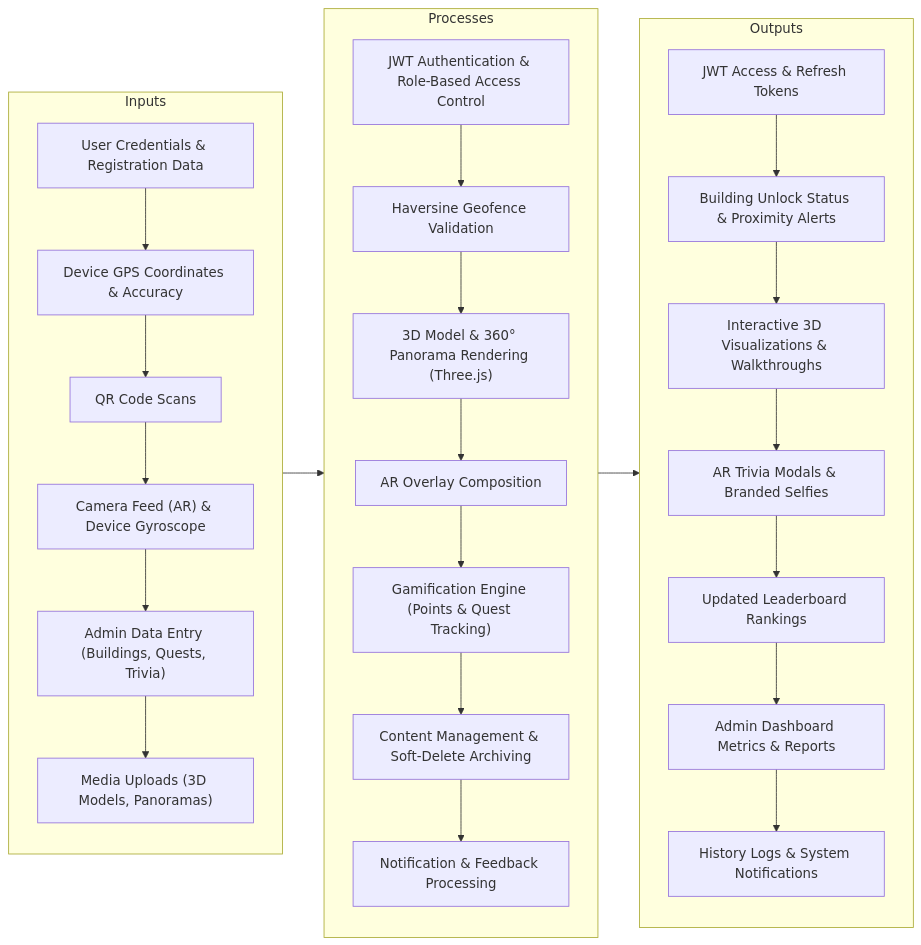
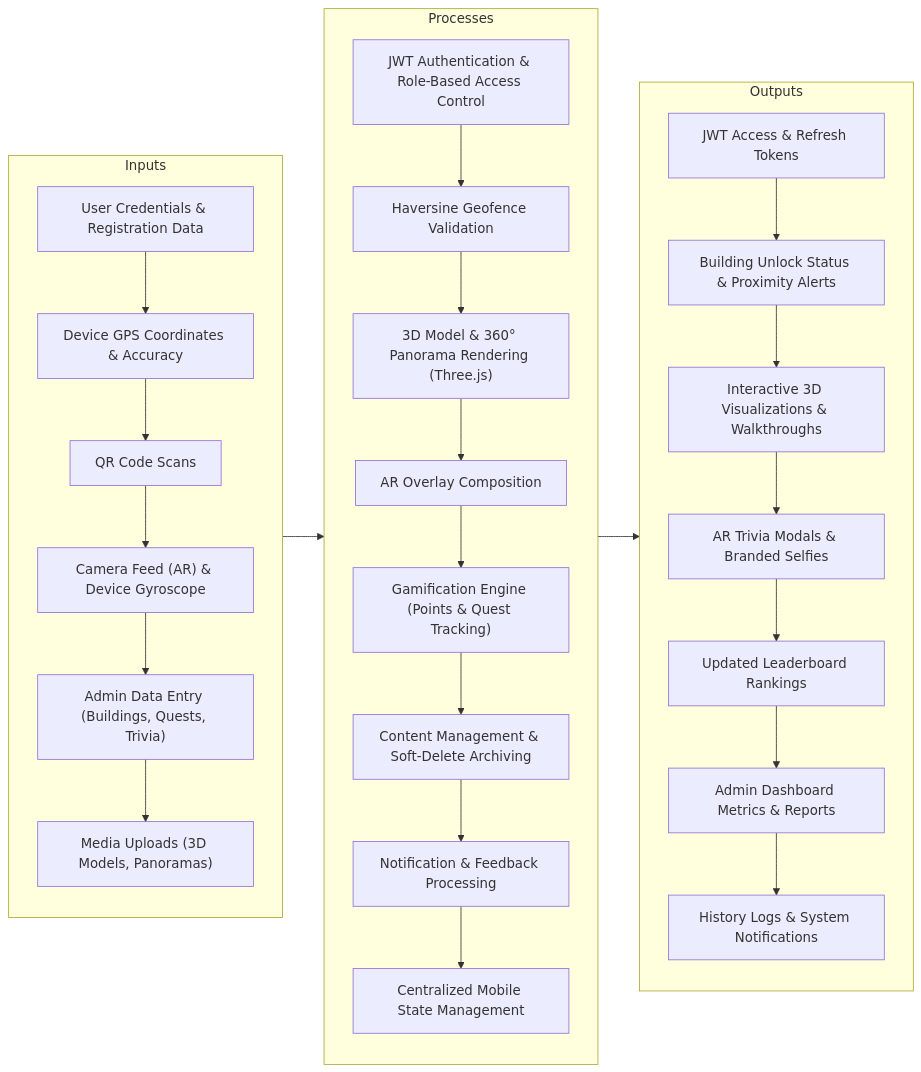
One commit to Cipher-Syntax/ARQuest changed the diagram in conceptual-framework.md. Above: the diagram before and after it, drawn with Mermaid. The commit also changed other lines of this file and 6 other files, not shown here.

Commit message:
docs: finalize architecture and conceptual docs after refactoring

````diff
--- a/conceptual-framework.md
+++ b/conceptual-framework.md
@@ -9,37 +9,38 @@
 ```mermaid
 flowchart LR
     subgraph INPUT ["Inputs"]
         I1["User Credentials & Registration Data"]
         I2["Device GPS Coordinates & Accuracy"]
         I3["QR Code Scans"]
         I4["Camera Feed (AR) & Device Gyroscope"]
         I5["Admin Data Entry (Buildings, Quests, Trivia)"]
         I6["Media Uploads (3D Models, Panoramas)"]
         I1 --> I2 --> I3 --> I4 --> I5 --> I6
     end
 
     subgraph PROCESS ["Processes"]
         P1["JWT Authentication & Role-Based Access Control"]
         P2["Haversine Geofence Validation"]
         P3["3D Model & 360° Panorama Rendering (Three.js)"]
         P4["AR Overlay Composition"]
         P5["Gamification Engine (Points & Quest Tracking)"]
         P6["Content Management & Soft-Delete Archiving"]
         P7["Notification & Feedback Processing"]
-        P1 --> P2 --> P3 --> P4 --> P5 --> P6 --> P7
+        P8["Centralized Mobile State Management"]
+        P1 --> P2 --> P3 --> P4 --> P5 --> P6 --> P7 --> P8
     end
 
     subgraph OUTPUT ["Outputs"]
         O1["JWT Access & Refresh Tokens"]
         O2["Building Unlock Status & Proximity Alerts"]
         O3["Interactive 3D Visualizations & Walkthroughs"]
         O4["AR Trivia Modals & Branded Selfies"]
         O5["Updated Leaderboard Rankings"]
         O6["Admin Dashboard Metrics & Reports"]
         O7["History Logs & System Notifications"]
         O1 --> O2 --> O3 --> O4 --> O5 --> O6 --> O7
     end
 
     INPUT --> PROCESS
     PROCESS --> OUTPUT
 ```
````
